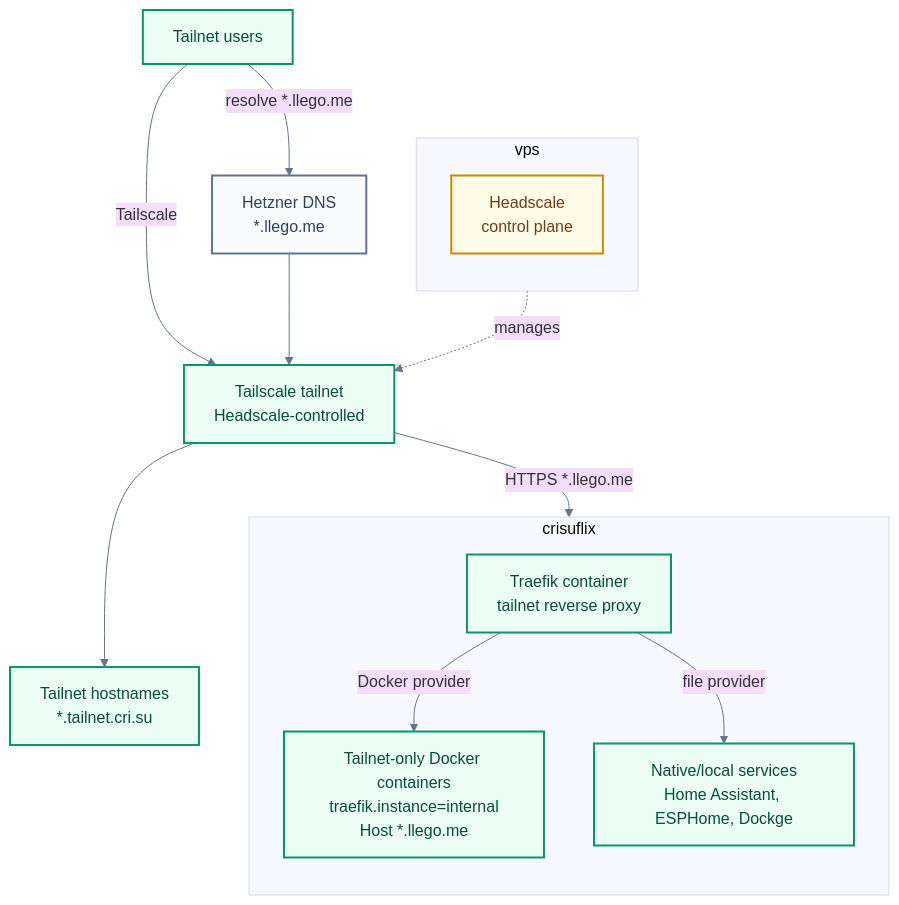
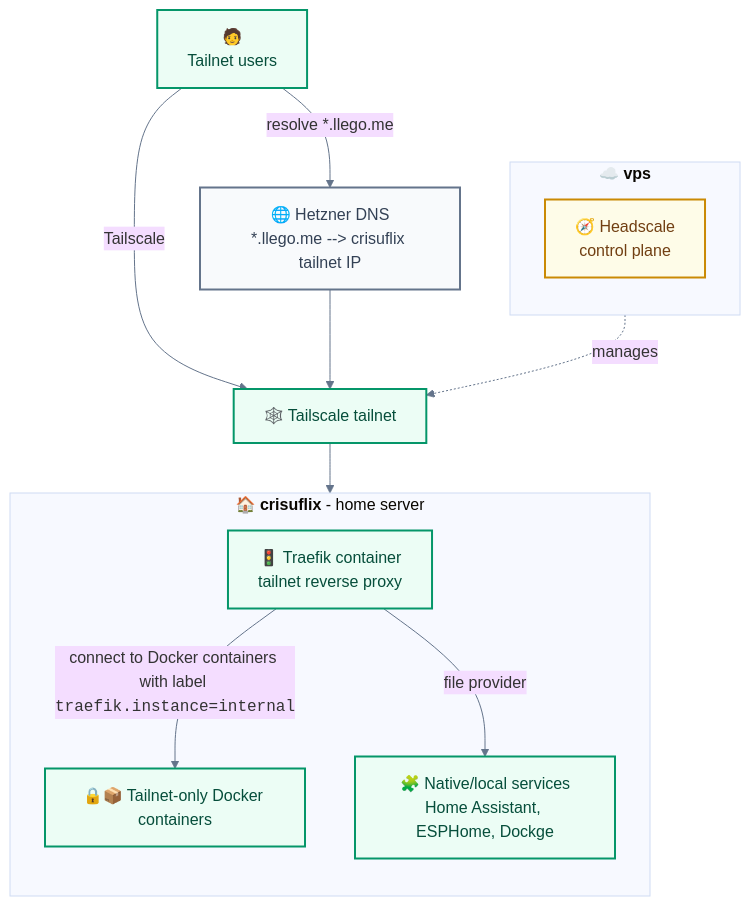
The second of 2 diagrams in README.md (llego/nixconfig), drawn with Mermaid before and after one commit. The commit also changed other lines of this file and 1 other file, not shown here.

First line of the commit message:
Add icons to routing diagrams

````diff
--- a/README.md
+++ b/README.md
@@ -52,32 +57,31 @@
 ```mermaid
 %%{init: {"theme": "base", "themeVariables": {"fontFamily": "ui-sans-serif, system-ui, sans-serif", "primaryBorderColor": "#64748b", "lineColor": "#64748b"}}}%%
 flowchart TB
   classDef tailnet fill:#ecfdf5,stroke:#059669,color:#064e3b,stroke-width:2px
   classDef dns fill:#f8fafc,stroke:#64748b,color:#334155,stroke-width:2px
   classDef control fill:#fefce8,stroke:#ca8a04,color:#713f12,stroke-width:2px
 
-  subgraph TailnetVPS[vps]
+  subgraph TailnetVPS["☁️ <strong>vps</strong>"]
     direction TB
-    Headscale[Headscale<br/>control plane]
+    Headscale["🧭 Headscale<br/>control plane"]
   end
 
-  subgraph TailnetCrisuflix[crisuflix]
+  subgraph TailnetCrisuflix["🏠 <strong>crisuflix</strong> - home server"]
     direction TB
-    LocalTraefik[Traefik container<br/>tailnet reverse proxy]
-    InternalContainers[Tailnet-only Docker containers<br/>traefik.instance=internal<br/>Host *.llego.me]
-    InternalLocalServices[Native/local services<br/>Home Assistant, ESPHome, Dockge]
+    LocalTraefik["🚦 Traefik container<br/>tailnet reverse proxy"]
+    InternalContainers["🔒📦 Tailnet-only Docker containers"]
+    InternalLocalServices["🧩 Native/local services<br/>Home Assistant, ESPHome, Dockge"]
   end
 
-  TailnetUsers[Tailnet users] -->|resolve *.llego.me| HetznerDNS[Hetzner DNS<br/>*.llego.me]
-  TailnetUsers -->|Tailscale| Tailnet[Tailscale tailnet<br/>Headscale-controlled]
+  TailnetUsers["🧑<br/>Tailnet users"] -->|resolve *.llego.me| HetznerDNS["🌐 Hetzner DNS<br/>*.llego.me --> crisuflix tailnet IP"]
+  TailnetUsers -->|Tailscale| Tailnet["🕸️ Tailscale tailnet"]
   HetznerDNS --> Tailnet
   Headscale -. manages .-> Tailnet
-  Tailnet -->|HTTPS *.llego.me| LocalTraefik
-  Tailnet --> TailnetDNS[Tailnet hostnames<br/>*.tailnet.cri.su]
-  LocalTraefik -->|Docker provider| InternalContainers
+  Tailnet --> LocalTraefik
+  LocalTraefik -->|connect to Docker containers with label <code>traefik.instance=internal</code>| InternalContainers
   LocalTraefik -->|file provider| InternalLocalServices
 
   class TailnetUsers,Tailnet,LocalTraefik,InternalContainers,InternalLocalServices,TailnetDNS tailnet
   class HetznerDNS dns
   class Headscale control
 ```
````
